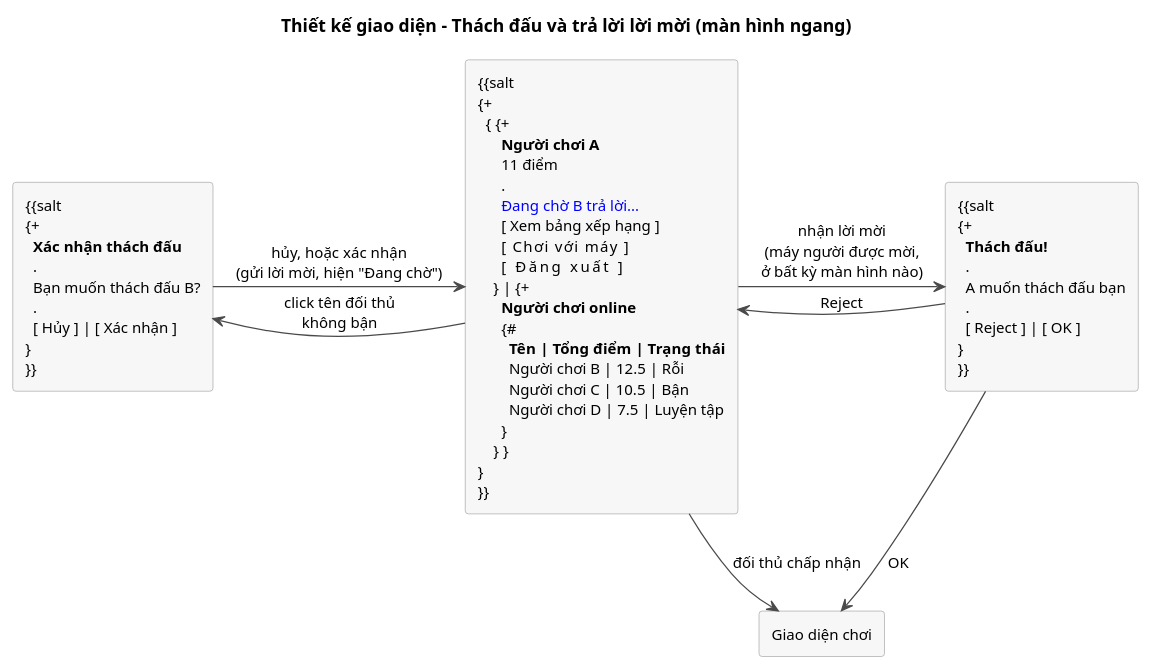
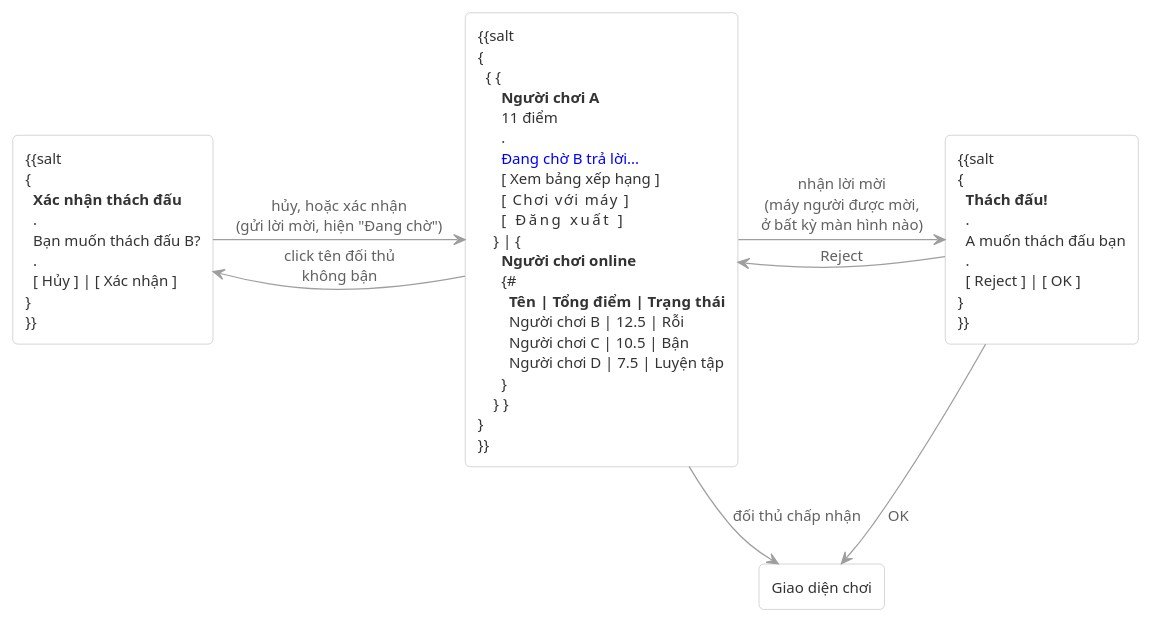
The diagram in docs/uml/pha3/ui-m4-1.puml (VattenL/mobile-pikachu), drawn with PlantUML before and after one commit. The commit also changed 14 other files, not shown here.

First line of the commit message:
docs: shorter activity diagrams, minimal wireframes, VP protocol flow

```diff
--- a/docs/uml/pha3/ui-m4-1.puml
+++ b/docs/uml/pha3/ui-m4-1.puml
@@ -1,68 +1,69 @@
 @startuml ui-m4-1
-title Thiết kế giao diện - Thách đấu và trả lời lời mời (màn hình ngang)
-
 skinparam shadowing false
 skinparam defaultFontSize 12
-skinparam ArrowColor #4A4A4A
+skinparam defaultFontColor #333333
+skinparam ArrowColor #9E9E9E
+skinparam ArrowFontColor #616161
 skinparam rectangle {
-  BackgroundColor #F7F7F7
-  BorderColor #9E9E9E
+  BackgroundColor #FFFFFF
+  BorderColor #BDBDBD
+  RoundCorner 8
 }
 
 rectangle Main [
 {{salt
-{+
-  { {+
+{
+  { {
       <b>Người chơi A
       11 điểm
       .
       <color:blue>Đang chờ B trả lời...
       [ Xem bảng xếp hạng ]
       [   Chơi với máy    ]
       [     Đăng xuất     ]
-    } | {+
+    } | {
       <b>Người chơi online
       {#
         <b>Tên | <b>Tổng điểm | <b>Trạng thái
         Người chơi B | 12.5 | Rỗi
         Người chơi C | 10.5 | Bận
         Người chơi D | 7.5 | Luyện tập
       }
     } }
 }
 }}
 ]
 
 rectangle Confirm [
 {{salt
-{+
+{
   <b>Xác nhận thách đấu
   .
   Bạn muốn thách đấu B?
   .
   [ Hủy ] | [ Xác nhận ]
 }
 }}
 ]
 
 rectangle Invite [
 {{salt
-{+
+{
   <b>Thách đấu!
   .
   A muốn thách đấu bạn
   .
   [ Reject ] | [ OK ]
 }
 }}
 ]
 
 rectangle "Giao diện chơi" as Match
 
 Main -left-> Confirm : click tên đối thủ\nkhông bận
 Confirm -right-> Main : hủy, hoặc xác nhận\n(gửi lời mời, hiện "Đang chờ")
 Main -right-> Invite : nhận lời mời\n(máy người được mời,\nở bất kỳ màn hình nào)
 Invite -left-> Main : Reject
 Invite -down-> Match : OK
 Main -down-> Match : đối thủ chấp nhận
 @enduml
```
